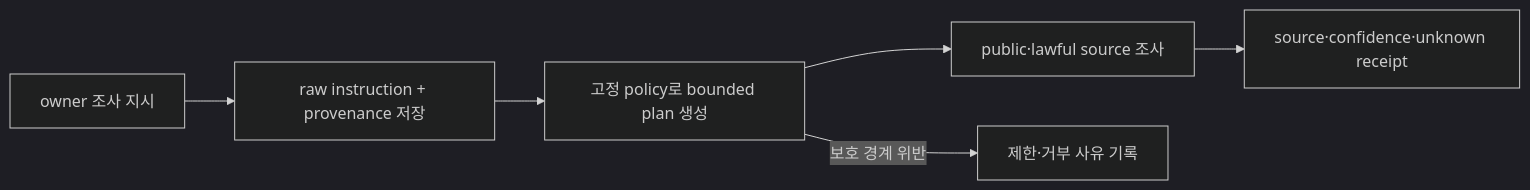
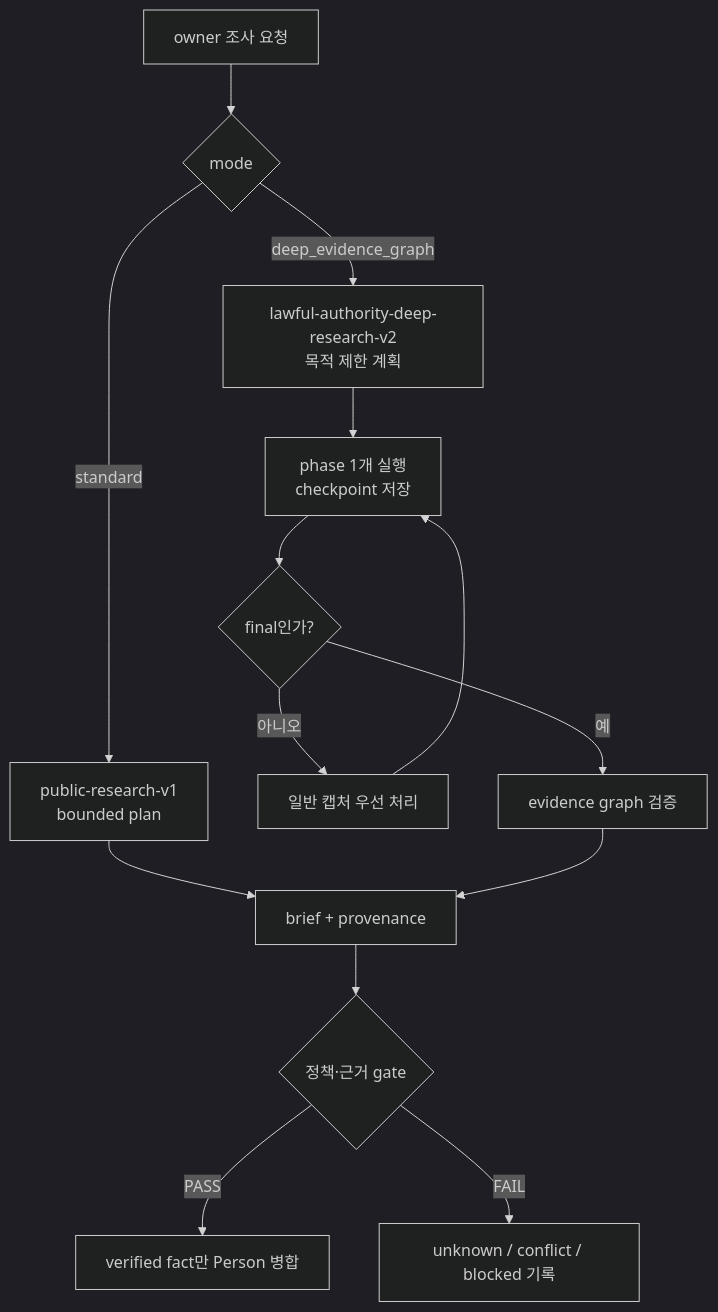
One commit to guecom/card-capture changed the diagram in PROCESSING_CONTRACT.md. Above: the diagram before and after it, drawn with Mermaid (dark theme). The commit also changed other lines of this file and 70 other files, not shown here.

First line of the commit message:
feat: complete INT-000025 async UX and deep research

````diff
--- a/PROCESSING_CONTRACT.md
+++ b/PROCESSING_CONTRACT.md
@@ -5,8 +7,16 @@
 ```mermaid
-flowchart LR
-    A["owner 조사 지시"] --> B["raw instruction + provenance 저장"]
-    B --> C["고정 policy로 bounded plan 생성"]
-    C --> D["public·lawful source 조사"]
-    D --> E["source·confidence·unknown receipt"]
-    C -->|"보호 경계 위반"| F["제한·거부 사유 기록"]
+flowchart TD
+    A["owner 조사 요청"] --> B{"mode"}
+    B -->|"standard"| C["public-research-v1<br/>bounded plan"]
+    B -->|"deep_evidence_graph"| D["lawful-authority-deep-research-v2<br/>목적 제한 계획"]
+    D --> E["phase 1개 실행<br/>checkpoint 저장"]
+    E --> F{"final인가?"}
+    F -->|"아니오"| G["일반 캡처 우선 처리"]
+    G --> E
+    F -->|"예"| H["evidence graph 검증"]
+    C --> I["brief + provenance"]
+    H --> I
+    I --> J{"정책·근거 gate"}
+    J -->|"PASS"| K["verified fact만 Person 병합"]
+    J -->|"FAIL"| L["unknown / conflict / blocked 기록"]
 ```
````
